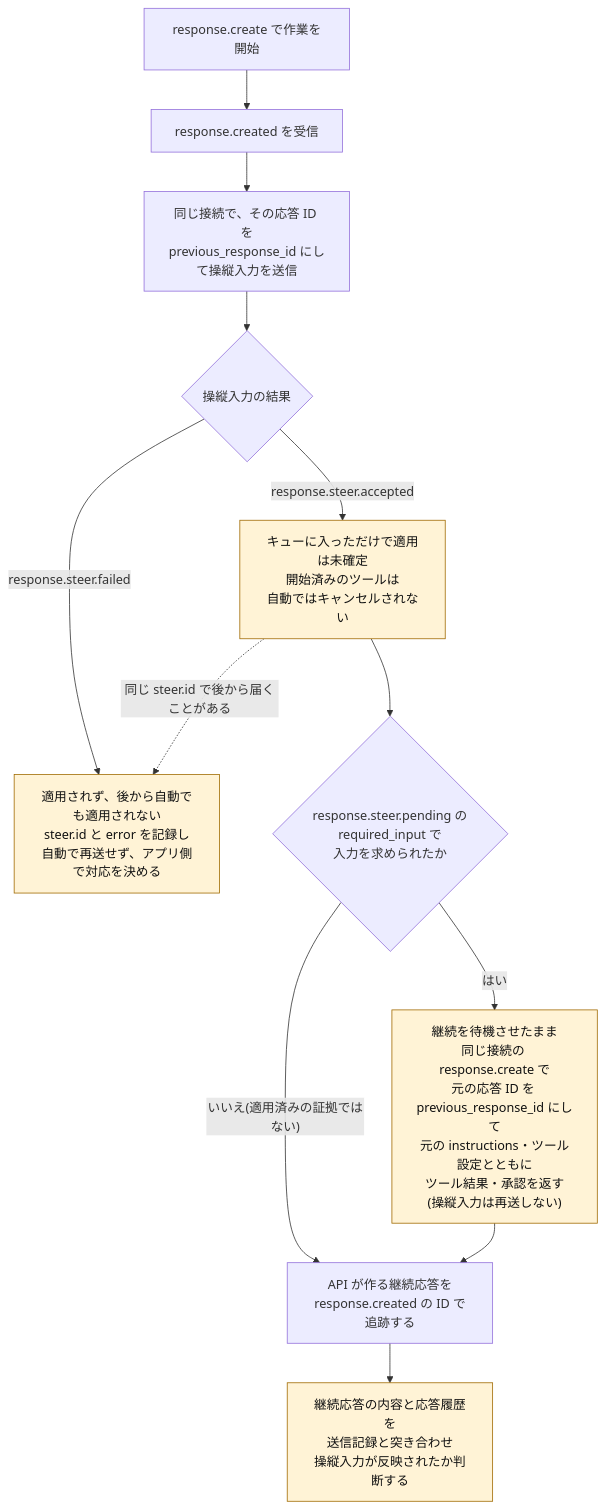
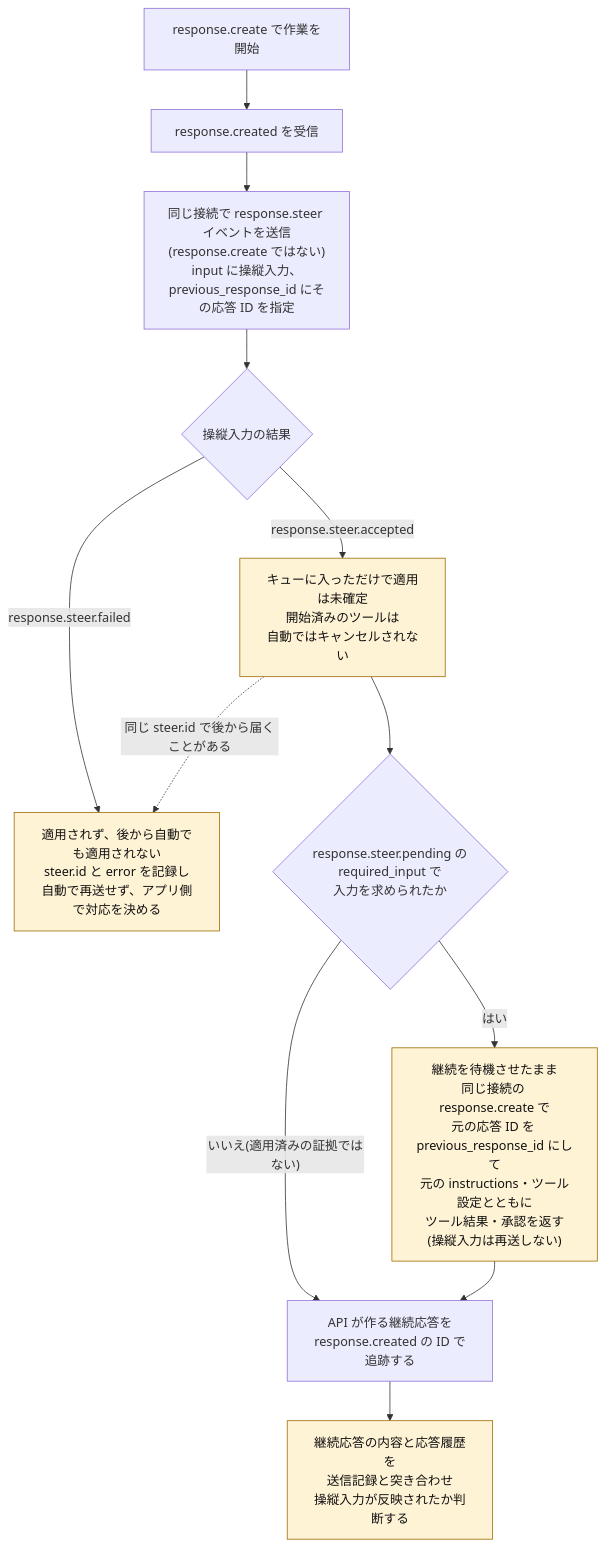
One commit to myoshi2891/Comparison-of-LLMs changed the eighth of 12 diagrams in Openai-gpt-6-astra-best-practices-guide.md. Above: the diagram before and after it, drawn with Mermaid. The commit also changed other lines of this file, not shown here.

Commit message:
docs(openai): clarify steering event format and refine flowcharts in Astra guide

````diff
--- a/Openai-gpt-6-astra-best-practices-guide.md
+++ b/Openai-gpt-6-astra-best-practices-guide.md
@@ -534,16 +534,16 @@
 ```mermaid
 flowchart TB
   A["response.create で作業を開始"] --> B["response.created を受信"]
-  B --> C["同じ接続で、その応答 ID を<br/>previous_response_id にして操縦入力を送信"]
+  B --> C["同じ接続で response.steer イベントを送信<br/>(response.create ではない)<br/>input に操縦入力、<br/>previous_response_id にその応答 ID を指定"]
   C --> S{"操縦入力の結果"}
   S -- "response.steer.accepted" --> T["キューに入っただけで適用は未確定<br/>開始済みのツールは<br/>自動ではキャンセルされない"]
   S -- "response.steer.failed" --> F["適用されず、後から自動でも適用されない<br/>steer.id と error を記録し<br/>自動で再送せず、アプリ側で対応を決める"]
   T -. "同じ steer.id で後から届くことがある" .-> F
   T --> P{"response.steer.pending の<br/>required_input で<br/>入力を求められたか"}
   P -- "いいえ(適用済みの証拠ではない)" --> D["API が作る継続応答を<br/>response.created の ID で追跡する"]
   P -- "はい" --> W["継続を待機させたまま<br/>同じ接続の response.create で<br/>元の応答 ID を previous_response_id にして<br/>元の instructions・ツール設定とともに<br/>ツール結果・承認を返す<br/>(操縦入力は再送しない)"]
   W --> D
   D --> E["継続応答の内容と応答履歴を<br/>送信記録と突き合わせ<br/>操縦入力が反映されたか判断する"]
   classDef warn fill:#fff3d6,stroke:#a06a00,color:#111
   class T,F,W,E warn
 ```
````
